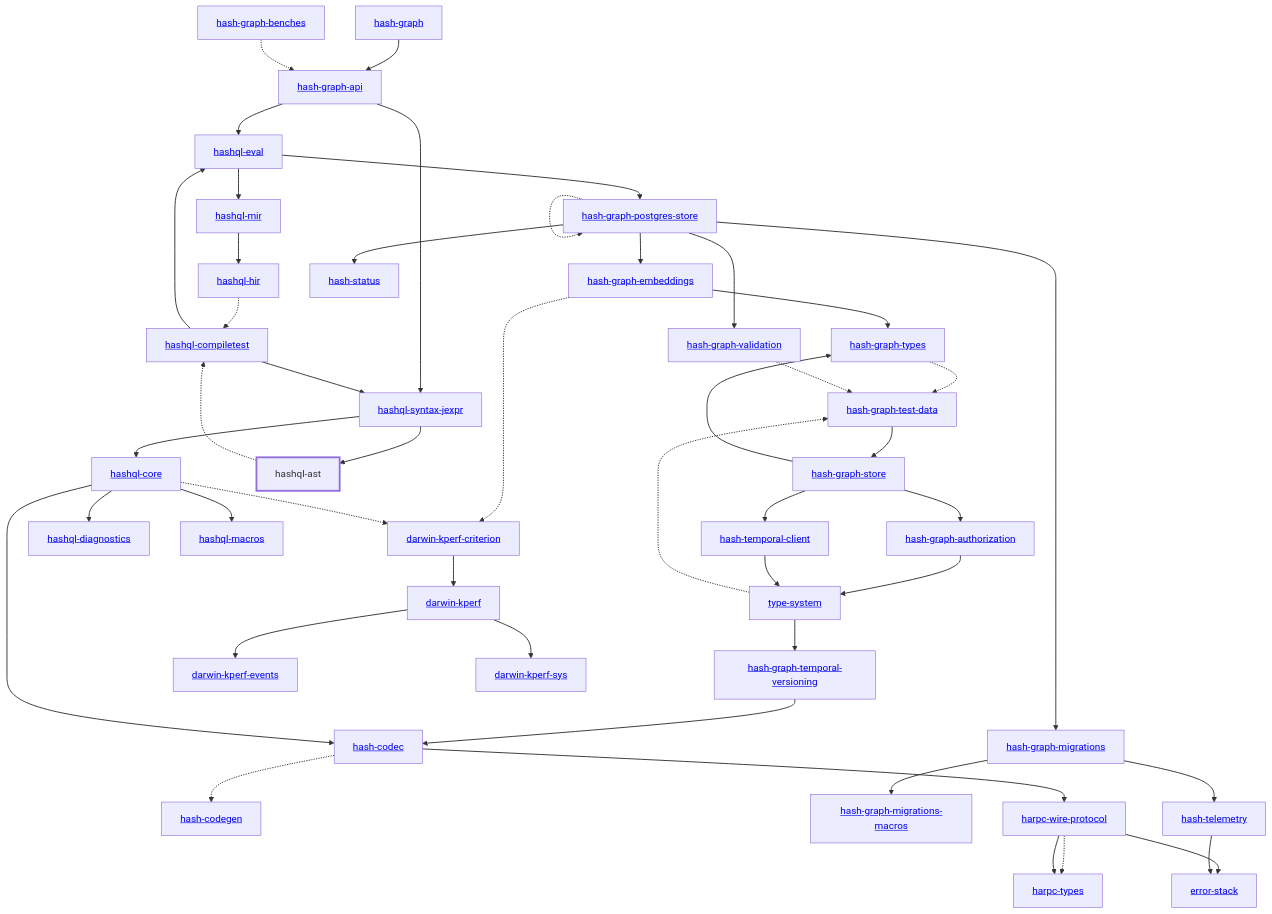
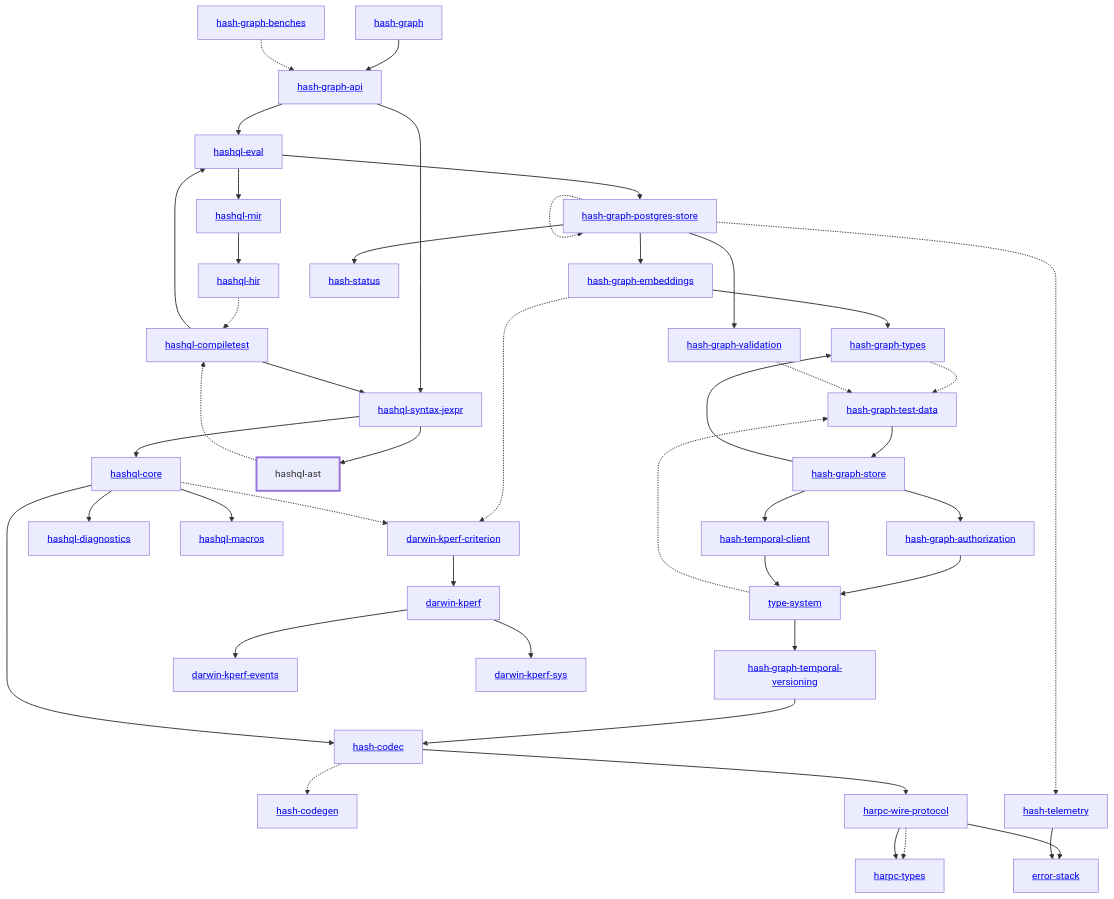
The diagram in libs/@local/hashql/ast/docs/dependency-diagram.mmd (hashintel/hash), drawn with Mermaid before and after one commit. The commit also changed 12 other files, not shown here.

Commit message:
Update dependency diagrams

```diff
--- a/libs/@local/hashql/ast/docs/dependency-diagram.mmd
+++ b/libs/@local/hashql/ast/docs/dependency-diagram.mmd
@@ -1,92 +1,88 @@
 graph TD
     linkStyle default stroke-width:1.5px
     classDef default stroke-width:1px
     classDef root stroke-width:3px
     classDef dev stroke-width:1px
     classDef build stroke-width:1px
     %% Legend
     %% --> : Normal dependency
     %% -.-> : Dev dependency
     %% ---> : Build dependency
     0[<a href="../hash_graph/index.html">hash-graph</a>]
     1[<a href="../type_system/index.html">type-system</a>]
     2[<a href="../hash_codec/index.html">hash-codec</a>]
     3[<a href="../hash_codegen/index.html">hash-codegen</a>]
     4[<a href="../hash_graph_api/index.html">hash-graph-api</a>]
     5[<a href="../hash_graph_authorization/index.html">hash-graph-authorization</a>]
     6[<a href="../hash_graph_embeddings/index.html">hash-graph-embeddings</a>]
-    7[<a href="../hash_graph_migrations/index.html">hash-graph-migrations</a>]
-    8[<a href="../hash_graph_migrations_macros/index.html">hash-graph-migrations-macros</a>]
-    9[<a href="../hash_graph_postgres_store/index.html">hash-graph-postgres-store</a>]
-    10[<a href="../hash_graph_store/index.html">hash-graph-store</a>]
-    11[<a href="../hash_graph_temporal_versioning/index.html">hash-graph-temporal-versioning</a>]
-    12[<a href="../hash_graph_types/index.html">hash-graph-types</a>]
-    13[<a href="../hash_graph_validation/index.html">hash-graph-validation</a>]
-    14[<a href="../harpc_types/index.html">harpc-types</a>]
-    15[<a href="../harpc_wire_protocol/index.html">harpc-wire-protocol</a>]
-    16[hashql-ast]
-    class 16 root
-    17[<a href="../hashql_compiletest/index.html">hashql-compiletest</a>]
-    18[<a href="../hashql_core/index.html">hashql-core</a>]
-    19[<a href="../hashql_diagnostics/index.html">hashql-diagnostics</a>]
-    20[<a href="../hashql_eval/index.html">hashql-eval</a>]
-    21[<a href="../hashql_hir/index.html">hashql-hir</a>]
-    22[<a href="../hashql_macros/index.html">hashql-macros</a>]
-    23[<a href="../hashql_mir/index.html">hashql-mir</a>]
-    24[<a href="../hashql_syntax_jexpr/index.html">hashql-syntax-jexpr</a>]
-    25[<a href="../hash_status/index.html">hash-status</a>]
-    26[<a href="../hash_telemetry/index.html">hash-telemetry</a>]
-    27[<a href="../hash_temporal_client/index.html">hash-temporal-client</a>]
-    28[<a href="../darwin_kperf/index.html">darwin-kperf</a>]
-    29[<a href="../darwin_kperf_criterion/index.html">darwin-kperf-criterion</a>]
-    30[<a href="../darwin_kperf_events/index.html">darwin-kperf-events</a>]
-    31[<a href="../darwin_kperf_sys/index.html">darwin-kperf-sys</a>]
-    32[<a href="../error_stack/index.html">error-stack</a>]
-    33[<a href="../hash_graph_benches/index.html">hash-graph-benches</a>]
-    34[<a href="../hash_graph_test_data/index.html">hash-graph-test-data</a>]
+    7[<a href="../hash_graph_postgres_store/index.html">hash-graph-postgres-store</a>]
+    8[<a href="../hash_graph_store/index.html">hash-graph-store</a>]
+    9[<a href="../hash_graph_temporal_versioning/index.html">hash-graph-temporal-versioning</a>]
+    10[<a href="../hash_graph_types/index.html">hash-graph-types</a>]
+    11[<a href="../hash_graph_validation/index.html">hash-graph-validation</a>]
+    12[<a href="../harpc_types/index.html">harpc-types</a>]
+    13[<a href="../harpc_wire_protocol/index.html">harpc-wire-protocol</a>]
+    14[hashql-ast]
+    class 14 root
+    15[<a href="../hashql_compiletest/index.html">hashql-compiletest</a>]
+    16[<a href="../hashql_core/index.html">hashql-core</a>]
+    17[<a href="../hashql_diagnostics/index.html">hashql-diagnostics</a>]
+    18[<a href="../hashql_eval/index.html">hashql-eval</a>]
+    19[<a href="../hashql_hir/index.html">hashql-hir</a>]
+    20[<a href="../hashql_macros/index.html">hashql-macros</a>]
+    21[<a href="../hashql_mir/index.html">hashql-mir</a>]
+    22[<a href="../hashql_syntax_jexpr/index.html">hashql-syntax-jexpr</a>]
+    23[<a href="../hash_status/index.html">hash-status</a>]
+    24[<a href="../hash_telemetry/index.html">hash-telemetry</a>]
+    25[<a href="../hash_temporal_client/index.html">hash-temporal-client</a>]
+    26[<a href="../darwin_kperf/index.html">darwin-kperf</a>]
+    27[<a href="../darwin_kperf_criterion/index.html">darwin-kperf-criterion</a>]
+    28[<a href="../darwin_kperf_events/index.html">darwin-kperf-events</a>]
+    29[<a href="../darwin_kperf_sys/index.html">darwin-kperf-sys</a>]
+    30[<a href="../error_stack/index.html">error-stack</a>]
+    31[<a href="../hash_graph_benches/index.html">hash-graph-benches</a>]
+    32[<a href="../hash_graph_test_data/index.html">hash-graph-test-data</a>]
     0 --> 4
-    1 --> 11
-    1 -.-> 34
+    1 --> 9
+    1 -.-> 32
     2 -.-> 3
-    2 --> 15
-    4 --> 20
-    4 --> 24
+    2 --> 13
+    4 --> 18
+    4 --> 22
     5 --> 1
-    6 --> 12
-    6 -.-> 29
-    7 --> 8
-    7 --> 26
-    9 --> 6
-    9 --> 7
-    9 -.-> 9
-    9 --> 13
-    9 --> 25
-    10 --> 5
-    10 --> 12
-    10 --> 27
-    11 --> 2
-    12 -.-> 34
-    13 -.-> 34
-    15 -.-> 14
-    15 --> 14
-    15 --> 32
-    16 -.-> 17
-    17 --> 20
-    17 --> 24
-    18 --> 2
-    18 --> 19
-    18 --> 22
-    18 -.-> 29
-    20 --> 9
-    20 --> 23
-    21 -.-> 17
-    23 --> 21
-    24 --> 16
-    24 --> 18
-    26 --> 32
-    27 --> 1
-    28 --> 30
-    28 --> 31
-    29 --> 28
-    33 -.-> 4
-    34 --> 10
+    6 --> 10
+    6 -.-> 27
+    7 --> 6
+    7 -.-> 7
+    7 --> 11
+    7 --> 23
+    7 -.-> 24
+    8 --> 5
+    8 --> 10
+    8 --> 25
+    9 --> 2
+    10 -.-> 32
+    11 -.-> 32
+    13 -.-> 12
+    13 --> 12
+    13 --> 30
+    14 -.-> 15
+    15 --> 18
+    15 --> 22
+    16 --> 2
+    16 --> 17
+    16 --> 20
+    16 -.-> 27
+    18 --> 7
+    18 --> 21
+    19 -.-> 15
+    21 --> 19
+    22 --> 14
+    22 --> 16
+    24 --> 30
+    25 --> 1
+    26 --> 28
+    26 --> 29
+    27 --> 26
+    31 -.-> 4
+    32 --> 8
```
